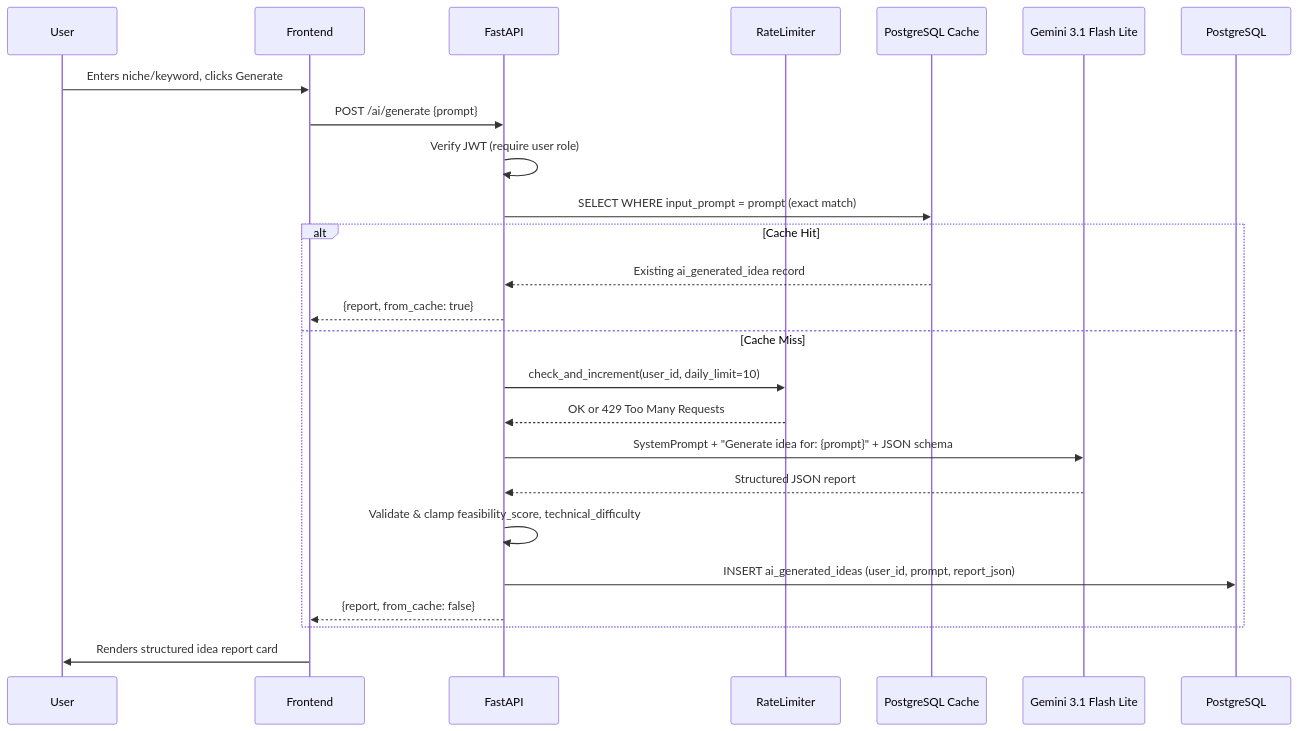
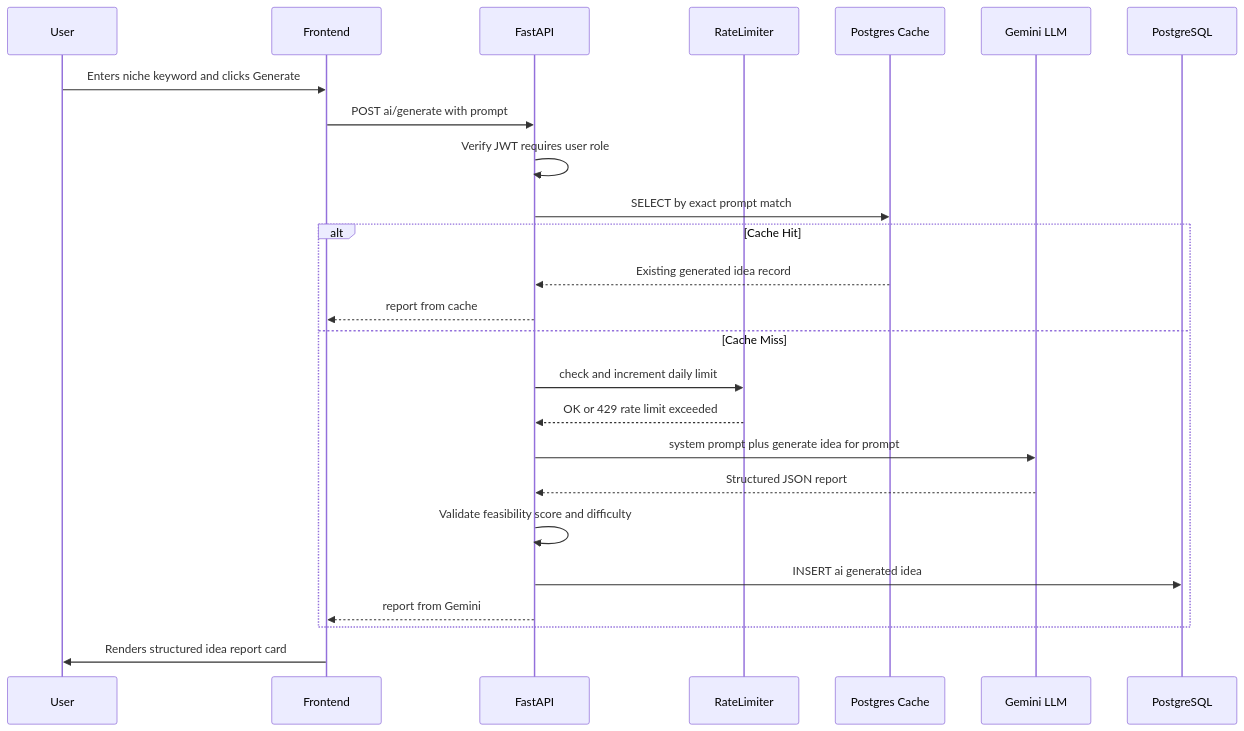
The seventh of 10 diagrams in docs/Architecture.md (ramakrishnabalijepally-del/IdeaForge), drawn with Mermaid before and after one commit. The commit also changed other lines of this file, not shown here.

First line of the commit message:
Fix all Mermaid diagrams in Architecture.md for GitHub compatibility

````diff
--- a/docs/Architecture.md
+++ b/docs/Architecture.md
@@ -250,30 +250,30 @@
 ```mermaid
 sequenceDiagram
     participant U as User
     participant FE as Frontend
     participant BE as FastAPI
     participant RATE as RateLimiter
-    participant CACHE as PostgreSQL Cache
-    participant LLM as Gemini 3.1 Flash Lite
+    participant CACHE as Postgres Cache
+    participant LLM as Gemini LLM
     participant DB as PostgreSQL
 
-    U->>FE: Enters niche/keyword, clicks Generate
-    FE->>BE: POST /ai/generate {prompt}
-    BE->>BE: Verify JWT (require user role)
-    BE->>CACHE: SELECT WHERE input_prompt = prompt (exact match)
-    
+    U->>FE: Enters niche keyword and clicks Generate
+    FE->>BE: POST ai/generate with prompt
+    BE->>BE: Verify JWT requires user role
+    BE->>CACHE: SELECT by exact prompt match
+
     alt Cache Hit
-        CACHE-->>BE: Existing ai_generated_idea record
-        BE-->>FE: {report, from_cache: true}
+        CACHE-->>BE: Existing generated idea record
+        BE-->>FE: report from cache
     else Cache Miss
-        BE->>RATE: check_and_increment(user_id, daily_limit=10)
-        RATE-->>BE: OK or 429 Too Many Requests
-        BE->>LLM: SystemPrompt + "Generate idea for: {prompt}" + JSON schema
+        BE->>RATE: check and increment daily limit
+        RATE-->>BE: OK or 429 rate limit exceeded
+        BE->>LLM: system prompt plus generate idea for prompt
         LLM-->>BE: Structured JSON report
-        BE->>BE: Validate & clamp feasibility_score, technical_difficulty
-        BE->>DB: INSERT ai_generated_ideas (user_id, prompt, report_json)
-        BE-->>FE: {report, from_cache: false}
+        BE->>BE: Validate feasibility score and difficulty
+        BE->>DB: INSERT ai generated idea
+        BE-->>FE: report from Gemini
     end
-    
+
     FE->>U: Renders structured idea report card
 ```
````
